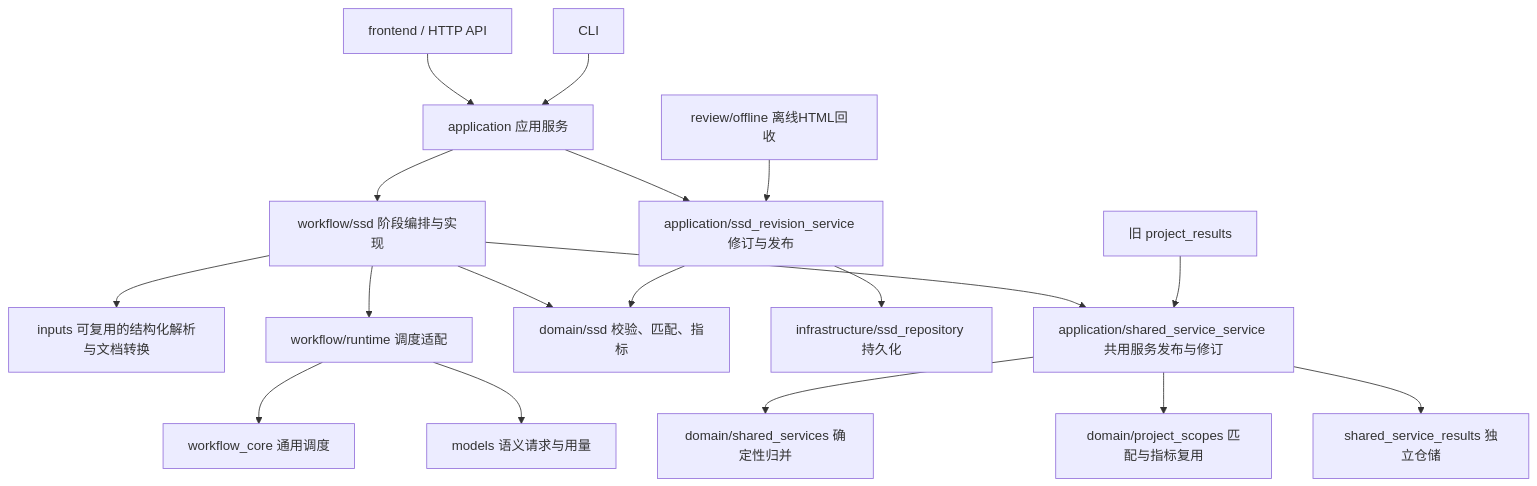
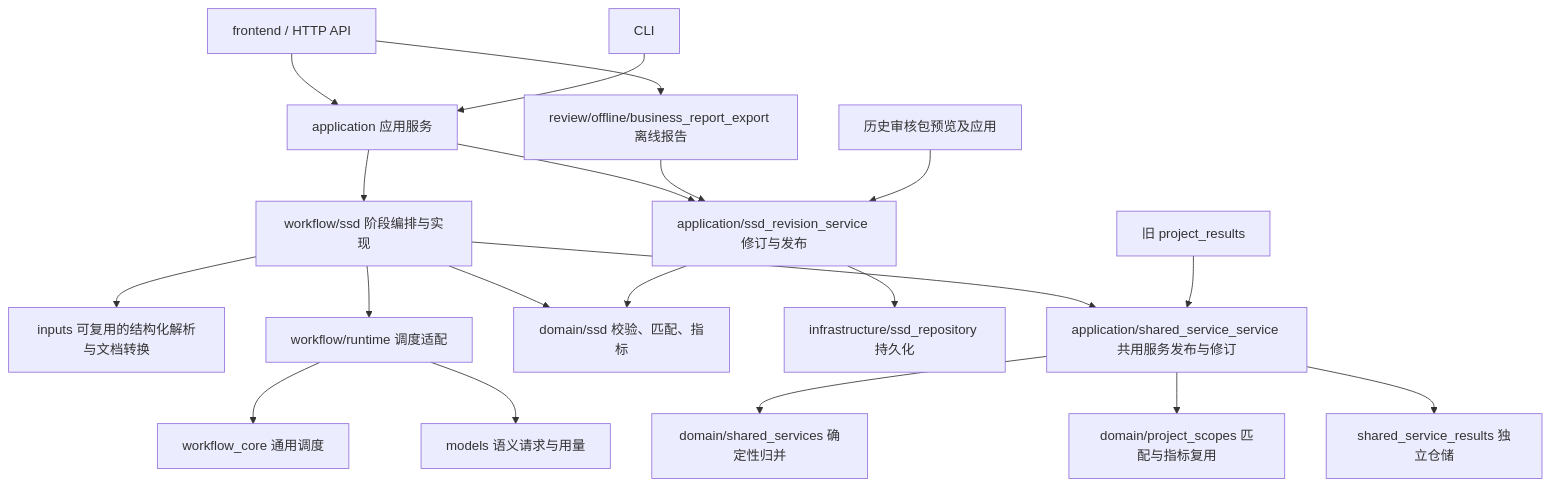
Before and after one commit to Yangkailiang1/Scene_Completion: the diagram in docs/architecture/code-guide.md, drawn with Mermaid. The commit also changed other lines of this file and 78 other files, not shown here.

Commit message:
Organize structured SSD workflow and update the offline business report

````diff
--- a/docs/architecture/code-guide.md
+++ b/docs/architecture/code-guide.md
@@ -7,20 +9,22 @@
 ```mermaid
 flowchart TD
     Web[frontend / HTTP API] --> App[application 应用服务]
     CLI[CLI] --> App
     App --> Plan[workflow/ssd 阶段编排与实现]
     Plan --> Input[inputs 可复用的结构化解析与文档转换]
     Plan --> Runtime[workflow/runtime 调度适配]
     Runtime --> Core[workflow_core 通用调度]
     Runtime --> Models[models 语义请求与用量]
     Plan --> Domain[domain/ssd 校验、匹配、指标]
     App --> Revision[application/ssd_revision_service 修订与发布]
     Revision --> Domain
     Revision --> Repository[infrastructure/ssd_repository 持久化]
     Plan --> Merge[application/shared_service_service 共用服务发布与修订]
     Merge --> Aggregate[domain/shared_services 确定性归并]
     Merge --> ProjectDomain[domain/project_scopes 匹配与指标复用]
     Merge --> Store[shared_service_results 独立仓储]
     Historical[旧 project_results] --> Merge
-    Offline[review/offline 离线HTML回收] --> Revision
+    Web --> Report[review/offline/business_report_export 离线报告]
+    Report --> Revision
+    Legacy[历史审核包预览及应用] --> Revision
 ```
````
